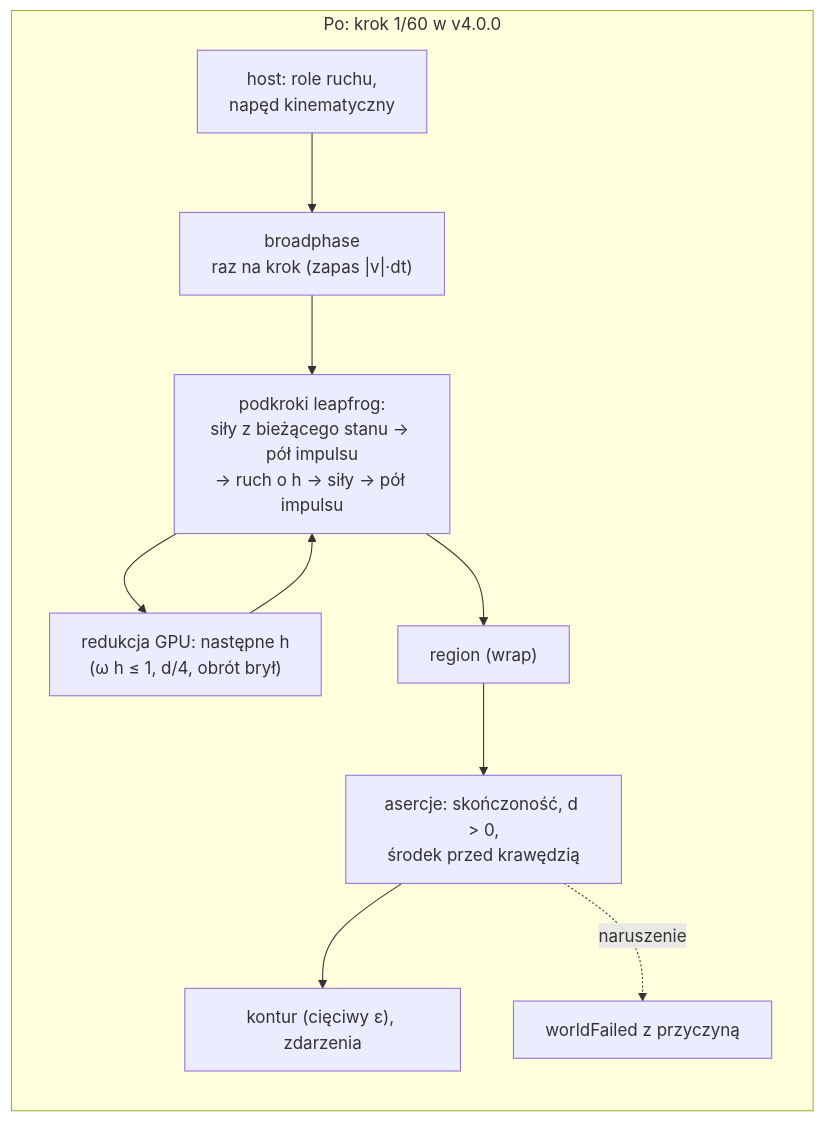
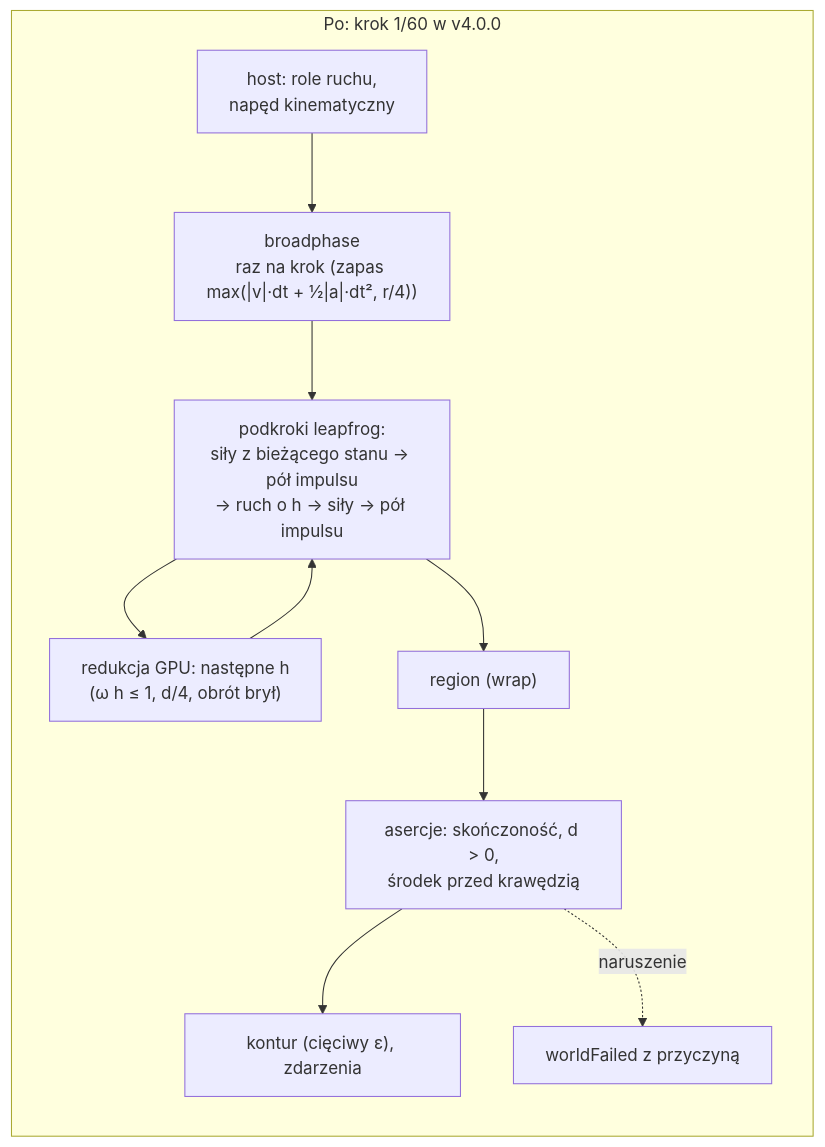
One commit to MariuszAdamowicz/BubblePhysics changed the second of 3 diagrams in docs/sdlc/changes/2026-11-23-engine-4-0-0/change-design.md. Above: the diagram before and after it, drawn with Mermaid. The commit also changed other lines of this file, not shown here.

First line of the commit message:
docs(change-design): poprawki po przeglądzie (pętla 2, runda 1) — krok bez postępu przez rozdzielczość pozycji, wymuszenie przebudowy w testach

````diff
--- a/docs/sdlc/changes/2026-11-23-engine-4-0-0/change-design.md
+++ b/docs/sdlc/changes/2026-11-23-engine-4-0-0/change-design.md
@@ -51,13 +51,13 @@
 ```mermaid
 flowchart LR
   subgraph after["Po: krok 1/60 w v4.0.0"]
-    h2["host: role ruchu,<br/>napęd kinematyczny"] --> b2["broadphase<br/>raz na krok (zapas |v|·dt)"]
+    h2["host: role ruchu,<br/>napęd kinematyczny"] --> b2["broadphase<br/>raz na krok (zapas max(|v|·dt + ½|a|·dt², r/4))"]
     b2 --> s2["podkroki leapfrog:<br/>siły z bieżącego stanu → pół impulsu<br/>→ ruch o h → siły → pół impulsu"]
     s2 --> hr["redukcja GPU: następne h<br/>(ω h ≤ 1, d/4, obrót brył)"]
     hr --> s2
     s2 --> rg2["region (wrap)"]
     rg2 --> a2["asercje: skończoność, d > 0,<br/>środek przed krawędzią"]
     a2 --> k2["kontur (cięciwy ε), zdarzenia"]
     a2 -. naruszenie .-> f2["worldFailed z przyczyną"]
   end
 ```
````
